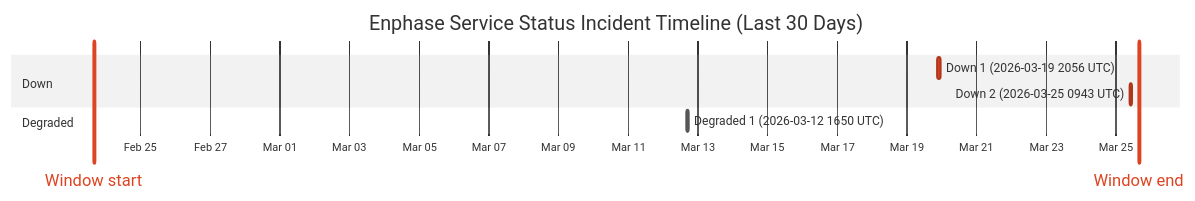
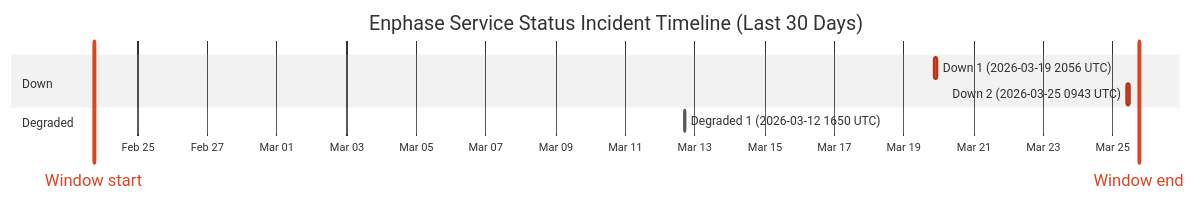
One commit to barneyonline/ha-enphase-ev-charger changed the diagram in wiki/Service-Status-History.md. Above: the diagram before and after it, drawn with Mermaid (neutral theme). The commit also changed other lines of this file and 3 other files, not shown here.

````diff
--- a/wiki/Service-Status-History.md
+++ b/wiki/Service-Status-History.md
@@ -14,13 +14,13 @@
 ```mermaid
 gantt
     title Enphase Service Status Incident Timeline (Last 30 Days)
     dateFormat  YYYY-MM-DDTHH:mm:ss
     axisFormat  %b %d
-    Window start :vert, window-start, 2026-02-23T16:00:12, 0ms
-    Window end :vert, window-end, 2026-03-25T16:00:12, 0ms
+    Window start :vert, window-start, 2026-02-23T17:50:03, 0ms
+    Window end :vert, window-end, 2026-03-25T17:50:03, 0ms
     section Down
     Down 1 (2026-03-19 2056 UTC) :crit, down-1, 2026-03-19T20:56:20, 145m
     Down 2 (2026-03-25 0943 UTC) :crit, down-2, 2026-03-25T09:43:28, 111m
     section Degraded
     Degraded 1 (2026-03-12 1650 UTC) :active, degraded-1, 2026-03-12T16:50:43, 60m
 ```
````
